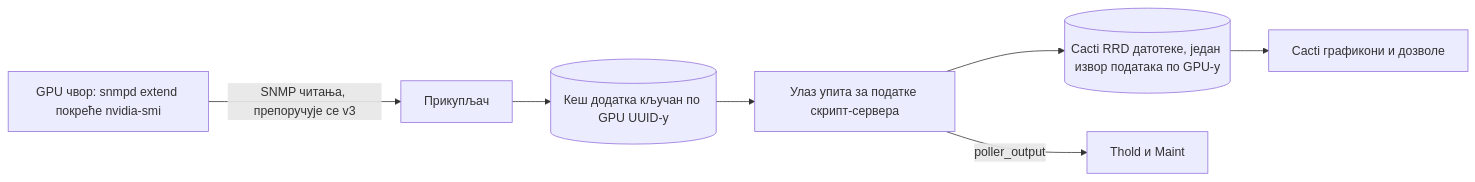
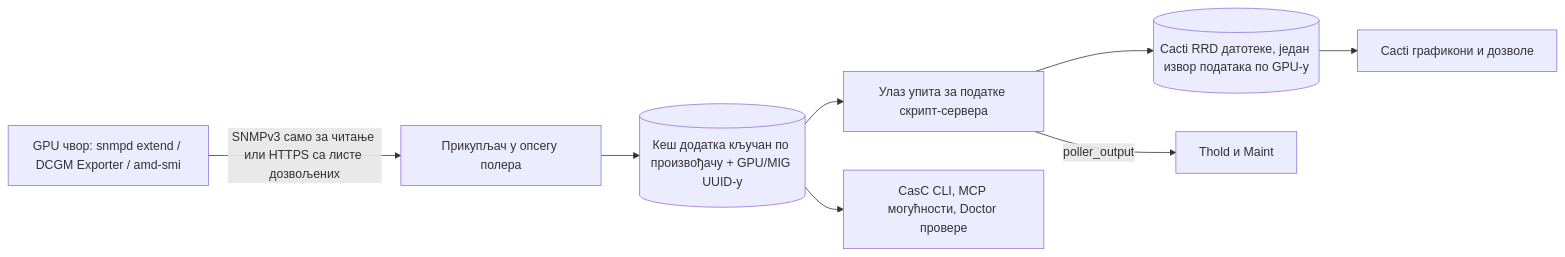
The diagram in docs/i18n/sr-RS/README.md (somethingwithproof/plugin_gpu), drawn with Mermaid before and after one commit. The commit also changed other lines of this file and 47 other files, not shown here.

````diff
--- a/docs/i18n/sr-RS/README.md
+++ b/docs/i18n/sr-RS/README.md
@@ -104,9 +104,10 @@
 ```mermaid
 flowchart LR
-    NODE["GPU чвор: snmpd extend покреће nvidia-smi"] -->|SNMP читања, препоручује се v3| C[Прикупљач]
-    C --> CACHE[("Кеш додатка кључан по GPU UUID-у")]
+    NODE["GPU чвор: snmpd extend / DCGM Exporter / amd-smi"] -->|SNMPv3 само за читање или HTTPS са листе дозвољених| C[Прикупљач у опсегу полера]
+    C --> CACHE[("Кеш додатка кључан по произвођачу + GPU/MIG UUID-у")]
     CACHE --> SS[Улаз упита за податке скрипт-сервера]
+    CACHE --> ECO[CasC CLI, MCP могућности, Doctor провере]
     SS --> RRD[("Cacti RRD датотеке, један извор података по GPU-у")]
     SS -->|poller_output| T[Thold и Maint]
     RRD --> G[Cacti графикони и дозволе]
 ```
````
